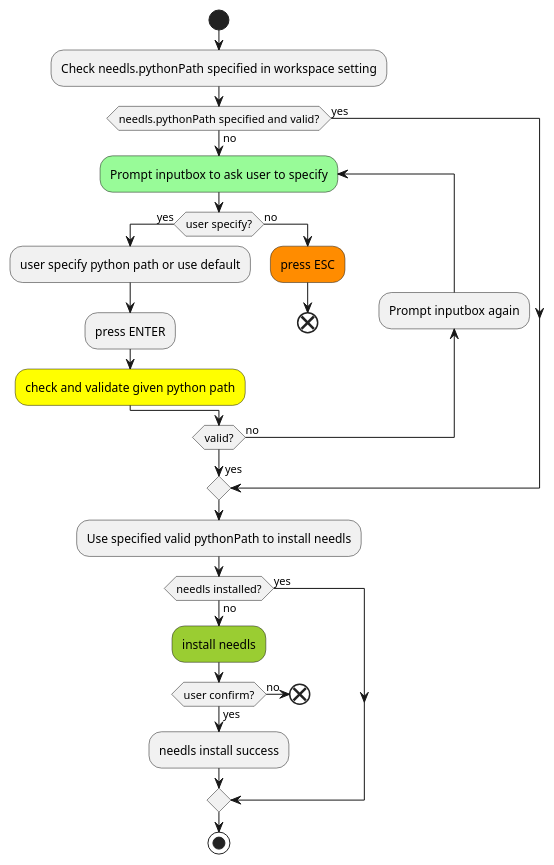
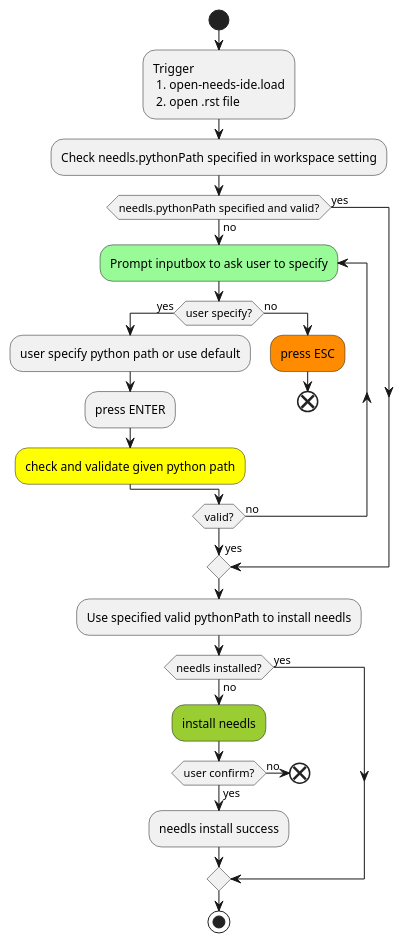
One commit to open-needs/open-needs-ide changed the diagram in docs/arch.rst. Above: the diagram before and after it, drawn with PlantUML.

Commit message:
Added trigger for diagram

```diff
--- a/docs/arch.rst
+++ b/docs/arch.rst
@@ -6,43 +6,44 @@
 .. uml::
 
     @startuml
     start
+
+    :Trigger\n 1. open-needs-ide.load\n 2. open .rst file;
 
     :Check needls.pythonPath specified in workspace setting;
 
     if (needls.pythonPath specified and valid?) then (no)
 
         #palegreen:repeat :Prompt inputbox to ask user to specify;
             if (user specify?) then (yes)
                 :user specify python path or use default;
                 :press ENTER;
                 #yellow:check and validate given python path;
             else (no)
                 #darkorange:press ESC;
                 end
 
             endif
 
-        backward:Prompt inputbox again;
         repeat while (valid?) is (no)
         ->yes;
 
     else (yes)
 
     endif
 
     :Use specified valid pythonPath to install needls;
     if (needls installed?) then (no)
         #yellowgreen:install needls;
         if (user confirm?) then (yes)
             :needls install success;
         else (no)
             end
         endif
 
     else (yes)
 
     endif
 
     stop
     @enduml
```
